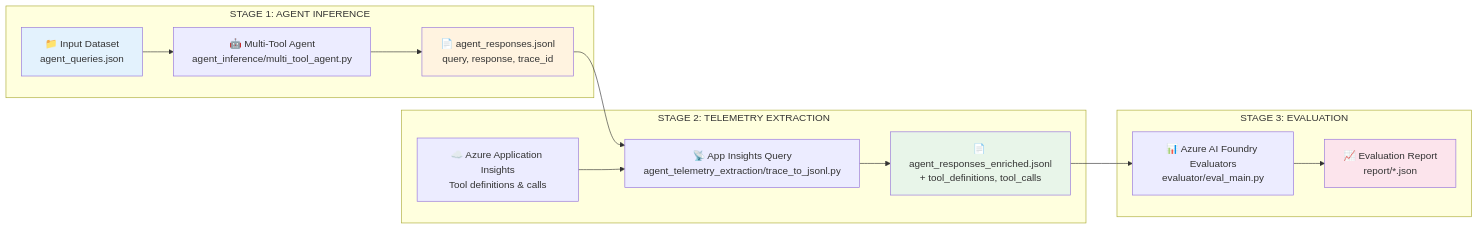
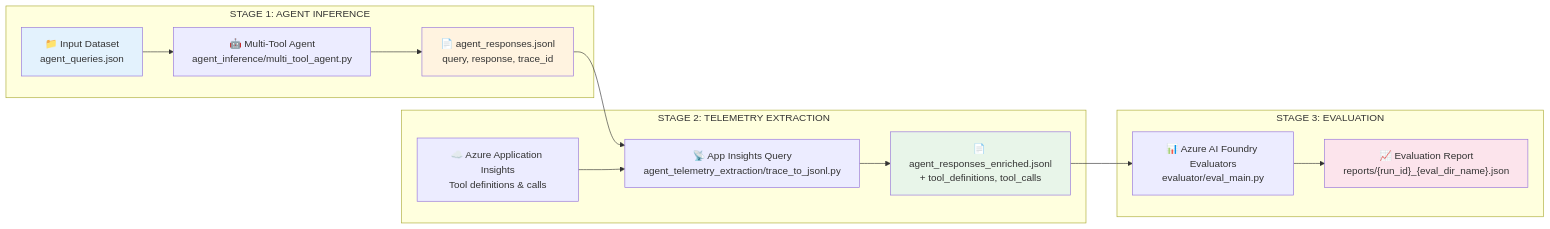
Before and after one commit to Azure-Samples/Agentic-Evaluations: the diagram in src/evaluations/offline/pipeline_multi_tool_agent_evaluation/README.md, drawn with Mermaid. The commit also changed other lines of this file and 47 other files, not shown here.

````diff
--- a/src/evaluations/offline/pipeline_multi_tool_agent_evaluation/README.md
+++ b/src/evaluations/offline/pipeline_multi_tool_agent_evaluation/README.md
@@ -19,23 +22,23 @@
 ```mermaid
 flowchart LR
     subgraph stage1["STAGE 1: AGENT INFERENCE"]
         A["📁 Input Dataset<br/>agent_queries.json"] --> B["🤖 Multi-Tool Agent<br/>agent_inference/multi_tool_agent.py"]
         B --> C["📄 agent_responses.jsonl<br/>query, response, trace_id"]
     end
     
     subgraph stage2["STAGE 2: TELEMETRY EXTRACTION"]
         C --> D["📡 App Insights Query<br/>agent_telemetry_extraction/trace_to_jsonl.py"]
         E["☁️ Azure Application Insights<br/>Tool definitions & calls"] --> D
         D --> F["📄 agent_responses_enriched.jsonl<br/>+ tool_definitions, tool_calls"]
     end
     
     subgraph stage3["STAGE 3: EVALUATION"]
         F --> G["📊 Azure AI Foundry Evaluators<br/>evaluator/eval_main.py"]
-        G --> H["📈 Evaluation Report<br/>report/*.json"]
+      G --> H["📈 Evaluation Report<br/>reports/{run_id}_{eval_dir_name}.json"]
     end
 
     style A fill:#e3f2fd
     style C fill:#fff3e0
     style F fill:#e8f5e9
     style H fill:#fce4ec
 ```
````
